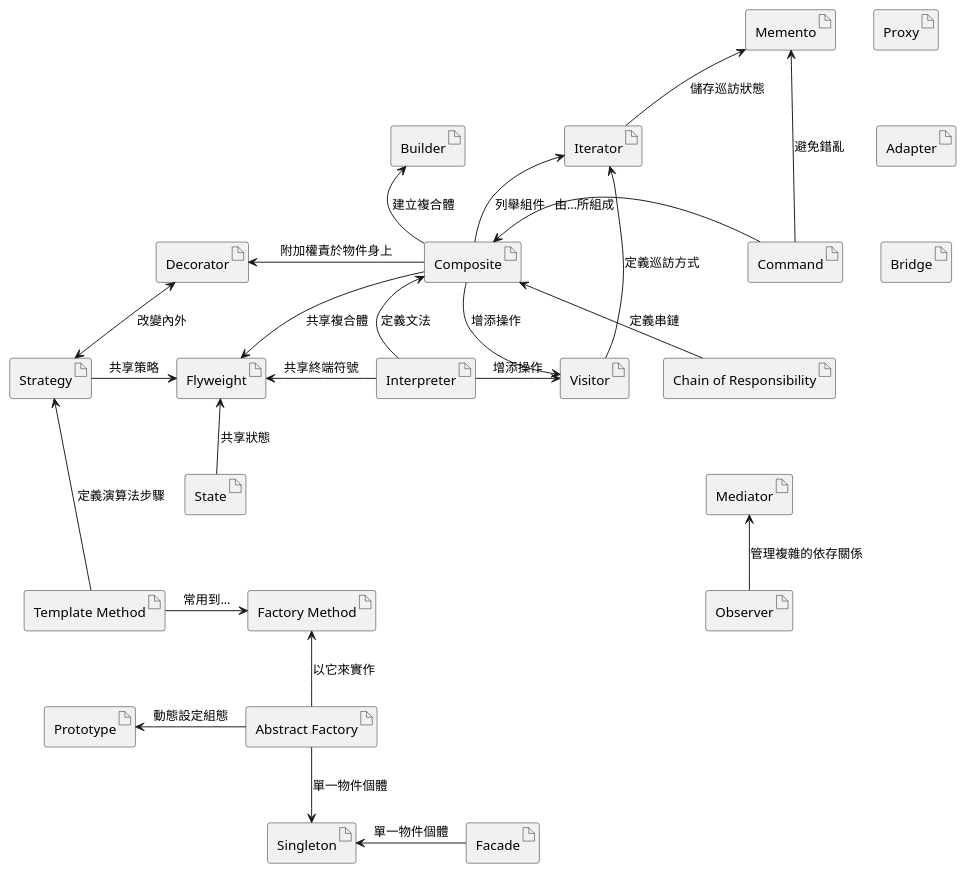
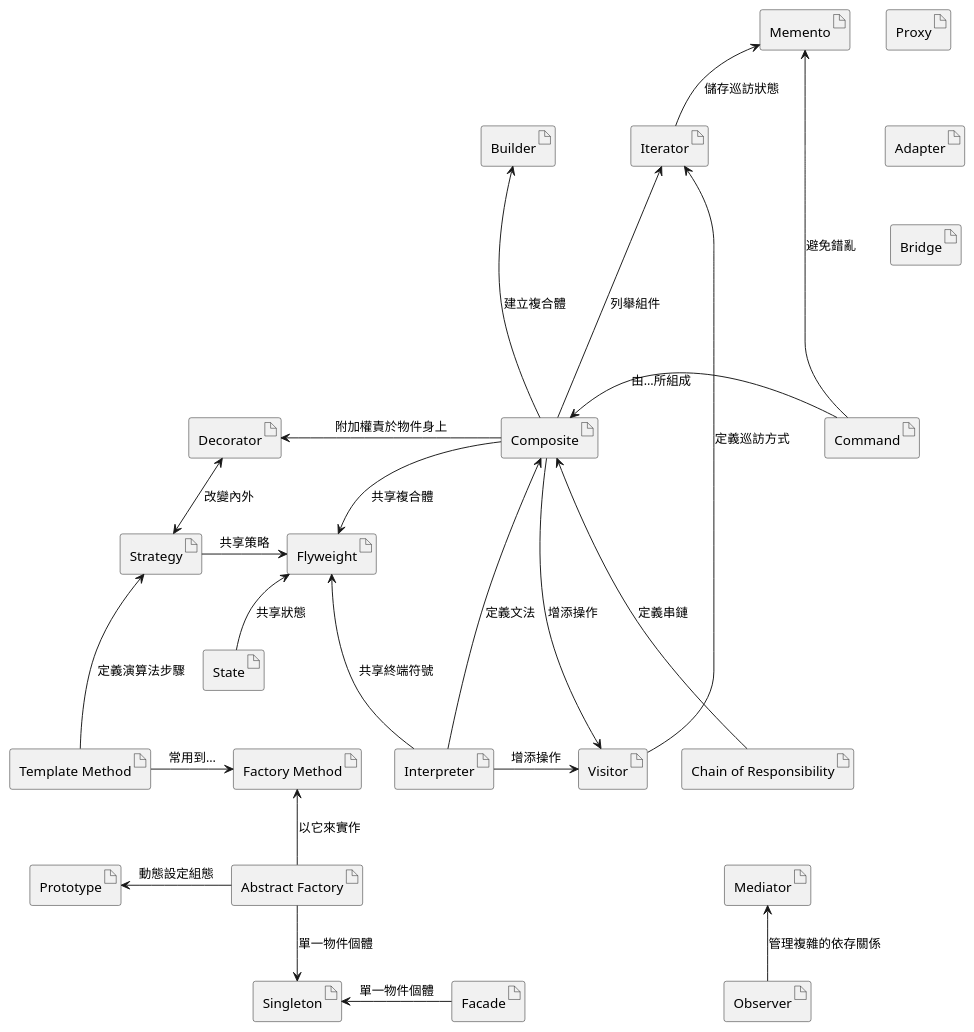
Before and after one commit to bryan1201/GitRespo: the diagram in DesignPatterns/DesignPatternRelationships.puml, drawn with PlantUML.

```diff
--- a/DesignPatterns/DesignPatternRelationships.puml
+++ b/DesignPatterns/DesignPatternRelationships.puml
@@ -2,57 +2,59 @@
 @startuml Design Pattern Relationships
 artifact Composite
 artifact "Chain of Responsibility"
 artifact Visitor
 artifact Interpreter
 artifact Flyweight
 artifact Iterator
 artifact Memento
 artifact Command
 artifact State
 artifact Strategy
 artifact Decorator
 artifact Builder
 artifact "Template Method"
 artifact "Factory Method"
 artifact "Abstract Factory"
 artifact Prototype
 artifact Singleton
 artifact Facade
 artifact Mediator
 artifact Observer
 artifact Proxy
 artifact Bridge
 artifact Adapter
 
 Iterator -[hidden]left- Builder
 [Chain of Responsibility] -up-> Composite:定義串鏈
+Composite -up-> Builder:建立複合體
 Composite -right-> Visitor:增添操作
-Interpreter -up-> Composite:定義文法
+Composite -left-> Decorator:附加權責於物件身上
 Composite -down-> Flyweight:共享複合體
-Interpreter -left-> Flyweight:共享終端符號
-Interpreter -right-> Visitor:增添操作
-Composite -up-> Iterator:列舉組件
+Composite ---up-> Iterator:列舉組件
+
+Interpreter ---up-> Composite:定義文法
+Interpreter ---left-> Flyweight:共享終端符號
+Interpreter --right-> Visitor:增添操作
 Visitor -up-> Iterator:定義巡訪方式
 Visitor -[hidden]right- [Chain of Responsibility]
 Iterator -up-> Memento:儲存巡訪狀態
 Command -left-> Composite:由…所組成
 Command -left->Memento:避免錯亂
 State -up-> Flyweight:共享狀態
 Strategy -right-> Flyweight:共享策略
-Composite -left-> Decorator:附加權責於物件身上
-Strategy <-left-> Decorator:改變內外
-Composite -up-> Builder:建立複合體
+Strategy <--left--> Decorator:改變內外
+
 [Template Method] -[hidden]up- State
-[Template Method] -left-> Strategy:定義演算法步驟
+[Template Method] ---left-> Strategy:定義演算法步驟
 [Template Method] -right-> [Factory Method]:常用到…
 [Abstract Factory] -left-> Prototype:動態設定組態
 [Abstract Factory] -up-> [Factory Method]:以它來實作
 [Abstract Factory] -down-> Singleton:單一物件個體
 Facade -left-> Singleton:單一物件個體
 Observer -up-> Mediator:管理複雜的依存關係
 [Chain of Responsibility] -[hidden]- Mediator
 
 Adapter -[hidden]up- Proxy
 Bridge -[hidden]up- Adapter
 Memento -[hidden]right- Proxy
 @enduml
```
